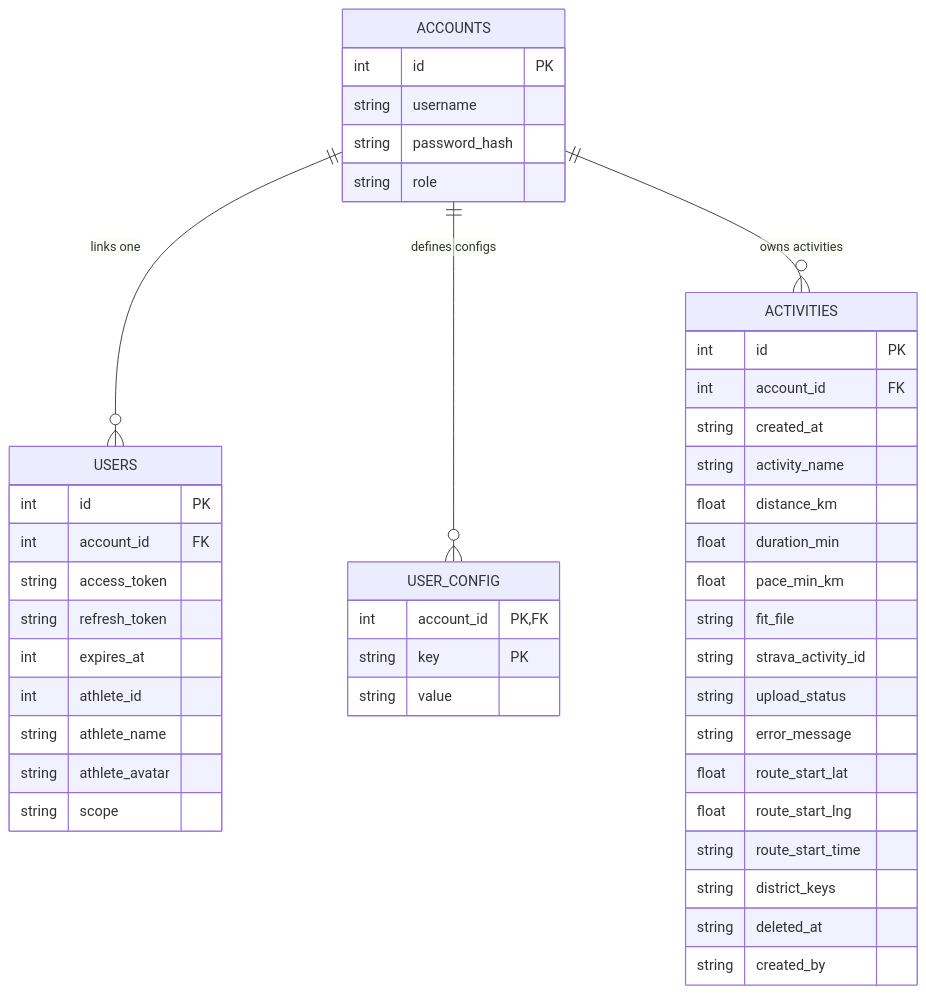
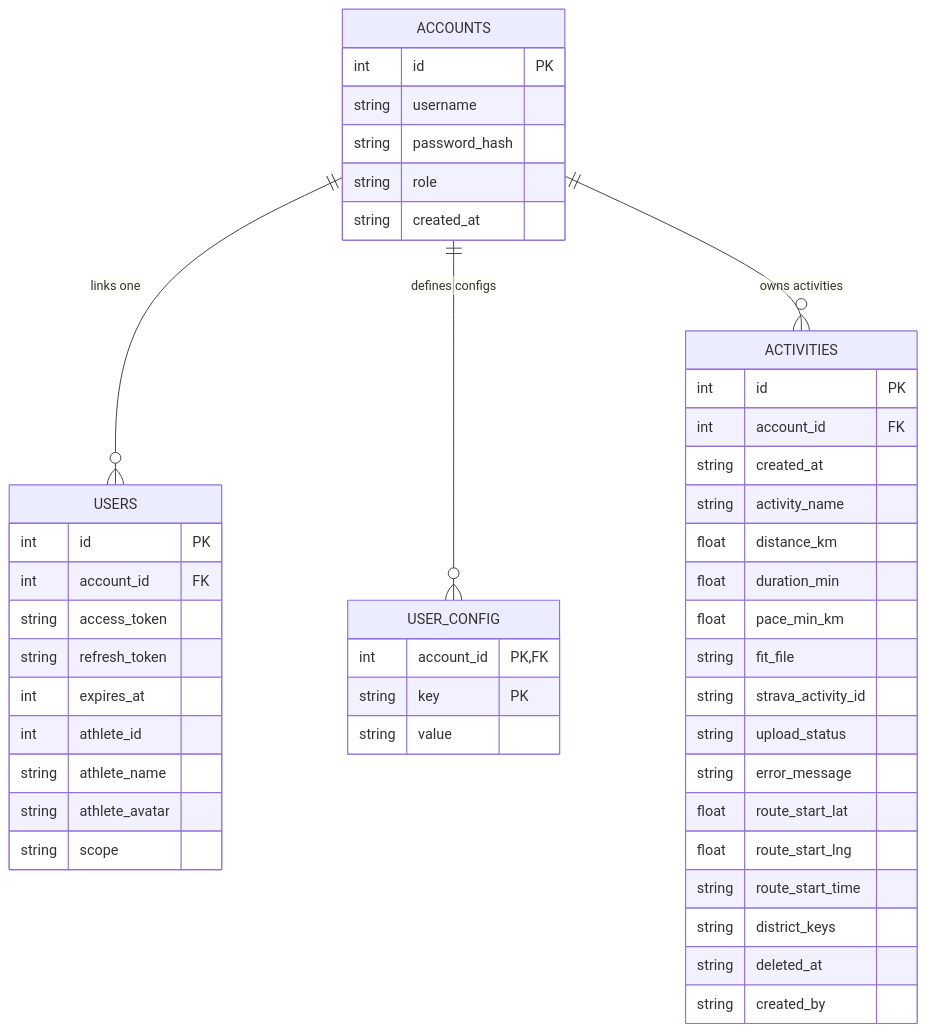
The second of 4 diagrams in docs/ARCHITECTURE.md (lucthienphong1120/StrAct-Z), drawn with Mermaid before and after one commit. The commit also changed other lines of this file and 1 other file, not shown here.

Commit message:
docs/feat: unify heart rate zones, simplify flowchart node formatting and fix Mermaid parentheses syntax

````diff
--- a/docs/ARCHITECTURE.md
+++ b/docs/ARCHITECTURE.md
@@ -55,48 +55,49 @@
 ```mermaid
 erDiagram
     ACCOUNTS ||--o{ USERS : "links one"
     ACCOUNTS ||--o{ USER_CONFIG : "defines configs"
     ACCOUNTS ||--o{ ACTIVITIES : "owns activities"
     
     ACCOUNTS {
         int id PK
         string username
         string password_hash
         string role
+        string created_at
     }
     USERS {
         int id PK
         int account_id FK
         string access_token
         string refresh_token
         int expires_at
         int athlete_id
         string athlete_name
         string athlete_avatar
         string scope
     }
     USER_CONFIG {
         int account_id PK, FK
         string key PK
         string value
     }
     ACTIVITIES {
         int id PK
         int account_id FK
         string created_at
         string activity_name
         float distance_km
         float duration_min
         float pace_min_km
         string fit_file
         string strava_activity_id
         string upload_status
         string error_message
         float route_start_lat
         float route_start_lng
         string route_start_time
         string district_keys
         string deleted_at
         string created_by
     }
 ```
````
